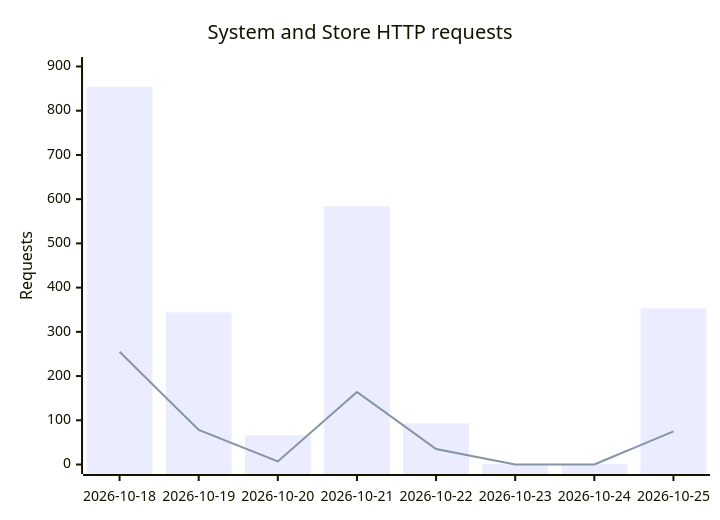
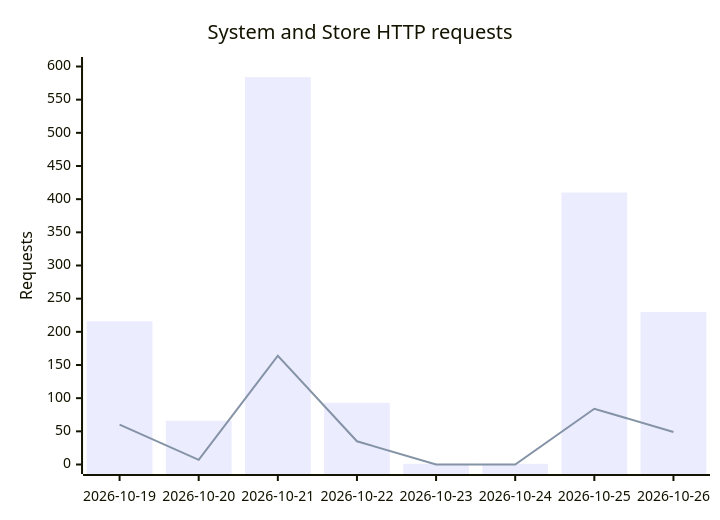
Before and after one commit to GeorgePlattDemo/3d-solutions-program: the diagram in APPLICATION-ACTIVITY.md, drawn with Mermaid. The commit also changed other lines of this file and 2 other files, not shown here.

````diff
--- a/APPLICATION-ACTIVITY.md
+++ b/APPLICATION-ACTIVITY.md
@@ -9,8 +9,8 @@
 ```mermaid
 xychart-beta
     title "System and Store HTTP requests"
-    x-axis ["2026-10-18","2026-10-19","2026-10-20","2026-10-21","2026-10-22","2026-10-23","2026-10-24","2026-10-25"]
-    y-axis "Requests" 0 --> 900
-    bar [854,344,66,584,93,1,1,353]
-    line [255,78,7,164,35,0,0,75]
+    x-axis ["2026-10-19","2026-10-20","2026-10-21","2026-10-22","2026-10-23","2026-10-24","2026-10-25","2026-10-26"]
+    y-axis "Requests" 0 --> 600
+    bar [216,66,584,93,1,1,410,230]
+    line [60,7,164,35,0,0,84,49]
 ```
````
